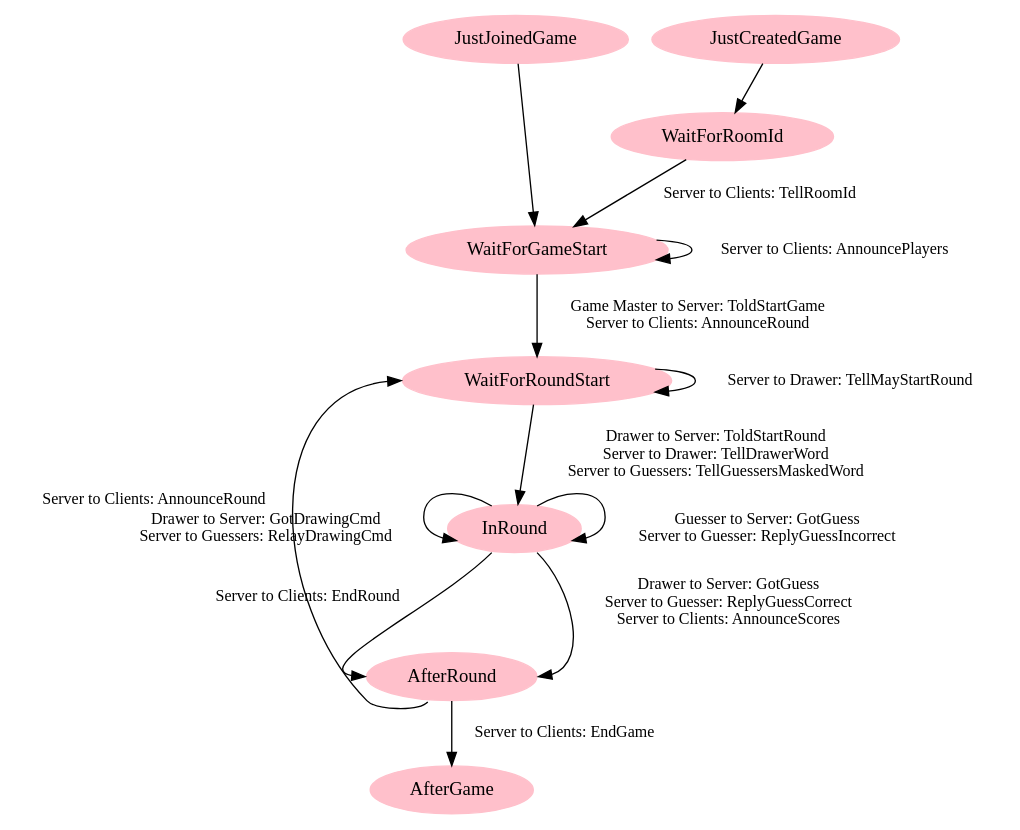
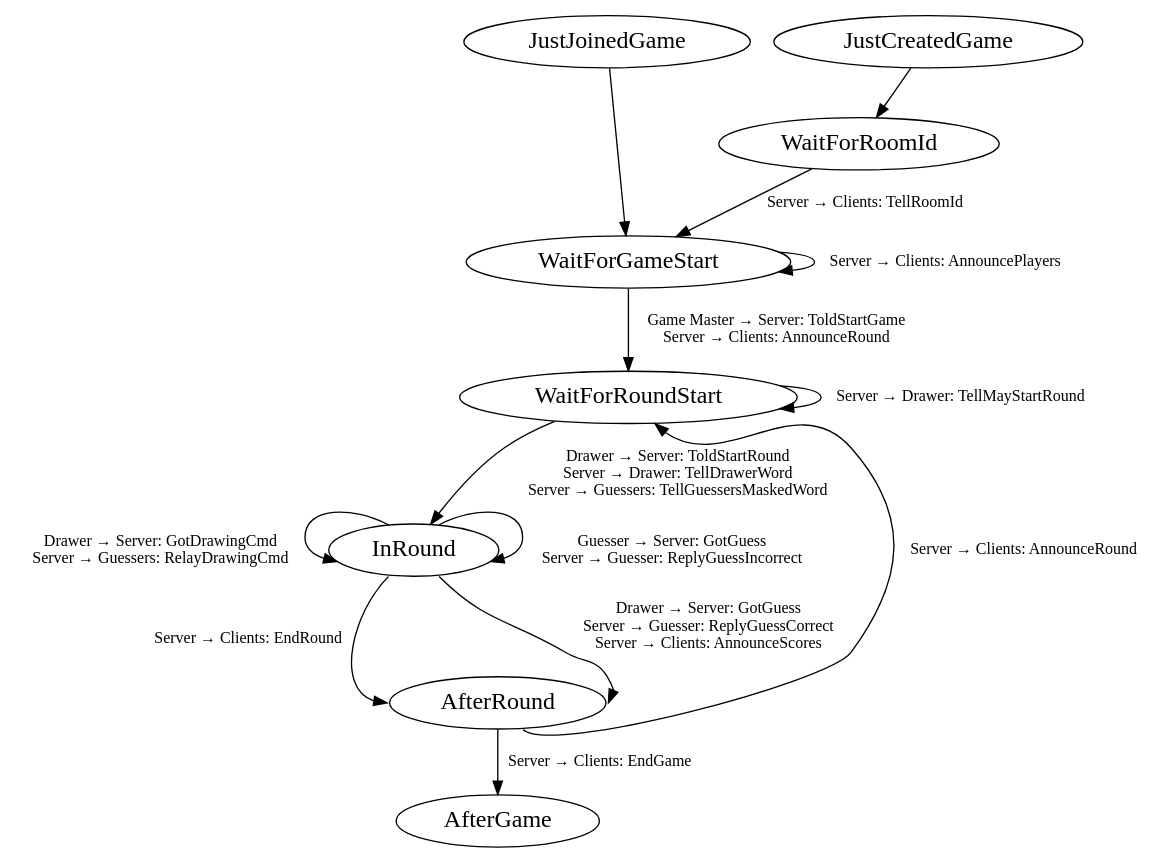
Before and after one commit to kccqzy/drawing-guessing: the diagram in sm.dot, drawn with Graphviz.

Commit message:
Improved client state transition diagram

```diff
--- a/sm.dot
+++ b/sm.dot
@@ -1,29 +1,24 @@
 digraph G {
 
-  node [color="pink",  style="filled"]
-  edge [fontsize=12]
-
-  JustJoinedGame
-  JustCreatedGame
-  WaitForGameStart
-  WaitForRoomId
-  InRound
+  node [fontsize=18, fontname="Iowan Old Style"]
+  edge [fontsize=12, fontname="Iowan Old Style"]
 
   { rank = same; JustJoinedGame; JustCreatedGame; }
 
   JustJoinedGame -> WaitForGameStart
   JustCreatedGame -> WaitForRoomId
-  WaitForRoomId -> WaitForGameStart [label = "Server to Clients: TellRoomId"]
-  WaitForGameStart -> WaitForGameStart [label = "Server to Clients: AnnouncePlayers"]
-  WaitForGameStart -> WaitForRoundStart [label = "Game Master to Server: ToldStartGame\nServer to Clients: AnnounceRound" ]
-  WaitForRoundStart -> WaitForRoundStart [label = "Server to Drawer: TellMayStartRound"]
-  WaitForRoundStart -> InRound [label = "Drawer to Server: ToldStartRound\nServer to Drawer: TellDrawerWord\nServer to Guessers: TellGuessersMaskedWord"]
-  InRound:nw -> InRound [label = "Drawer to Server: GotDrawingCmd\nServer to Guessers: RelayDrawingCmd"]
-  InRound:ne -> InRound [label = "Guesser to Server: GotGuess\nServer to Guesser: ReplyGuessIncorrect"]
-  InRound:se -> AfterRound:e [label = "Drawer to Server: GotGuess\nServer to Guesser: ReplyGuessCorrect\nServer to Clients: AnnounceScores"]
-  InRound:sw -> AfterRound:w [xlabel = "Server to Clients: EndRound"]
+  WaitForRoomId -> WaitForGameStart [label = "Server → Clients: TellRoomId"]
+  WaitForGameStart -> WaitForGameStart [label = "Server → Clients: AnnouncePlayers"]
+  WaitForGameStart -> WaitForRoundStart [label = "Game Master → Server: ToldStartGame\nServer → Clients: AnnounceRound" ]
+  WaitForRoundStart -> WaitForRoundStart [label = "Server → Drawer: TellMayStartRound"]
+  WaitForRoundStart -> InRound [label = "Drawer → Server: ToldStartRound\nServer → Drawer: TellDrawerWord\nServer → Guessers: TellGuessersMaskedWord"]
+  InRound:nw -> InRound [label = "Drawer → Server: GotDrawingCmd\nServer → Guessers: RelayDrawingCmd"]
+  InRound:ne -> InRound [label = "Guesser → Server: GotGuess\nServer → Guesser: ReplyGuessIncorrect"]
+  InRound:se -> AfterRound:e [label = "Drawer → Server: GotGuess\nServer → Guesser: ReplyGuessCorrect\nServer → Clients: AnnounceScores"]
+  InRound:sw -> AfterRound:w [xlabel = "Server → Clients: EndRound"]
 
-  AfterRound -> AfterGame [label = "Server to Clients: EndGame"]
-  AfterRound:sw -> WaitForRoundStart:w [xlabel = "Server to Clients: AnnounceRound"]
+  AfterRound -> AfterGame [label = "Server → Clients: EndGame"]
+  AfterRound:se -> WaitForRoundStart:se [label = "Server → Clients: AnnounceRound"]
 
+  
 }
```
